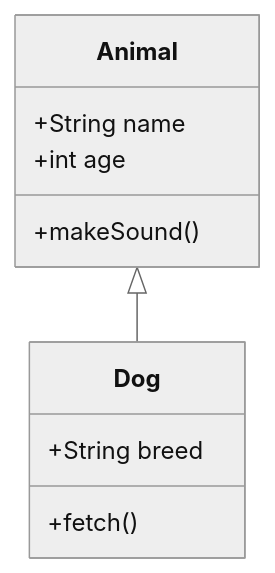
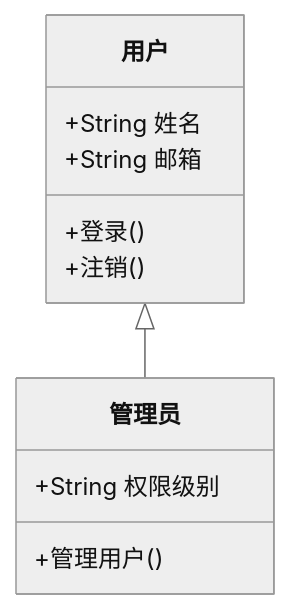
Before and after one commit to Binlogo/meraid: the third of 6 diagrams in README-zh.md, drawn with Mermaid (neutral theme). The commit also changed other lines of this file and 9 other files, not shown here.

`````diff
--- a/README-zh.md
+++ b/README-zh.md
@@ -181,13 +136,14 @@
 ````mermaid
 classDiagram
-    class Animal {
-        +String name
-        +int age
-        +makeSound()
+    class 用户 {
+        +String 姓名
+        +String 邮箱
+        +登录()
+        +注销()
     }
-    class Dog {
-        +String breed
-        +fetch()
+    class 管理员 {
+        +String 权限级别
+        +管理用户()
     }
-    Animal <|-- Dog
+    用户 <|-- 管理员
 ````
`````
